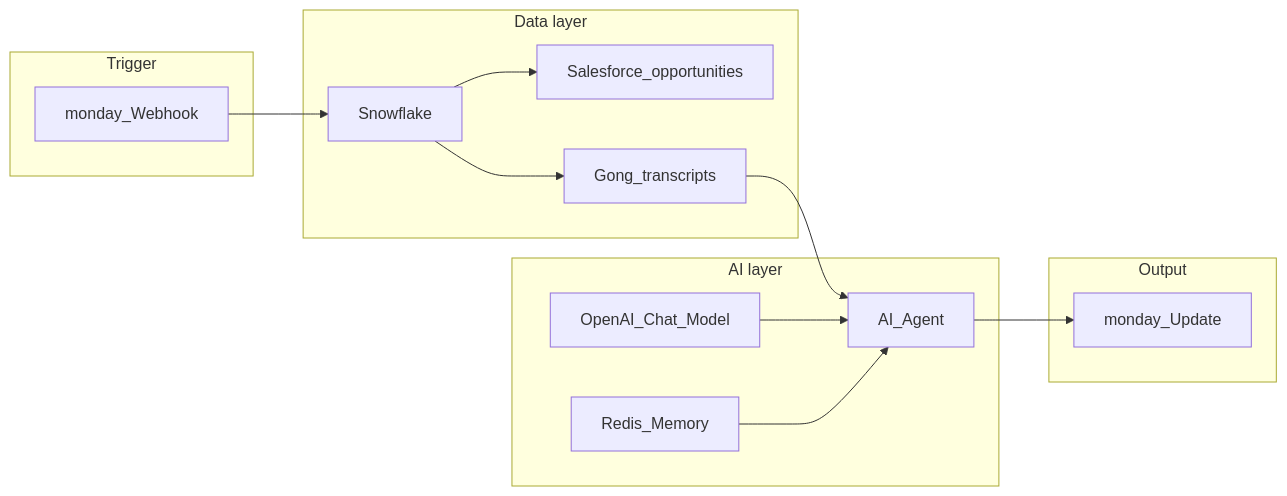
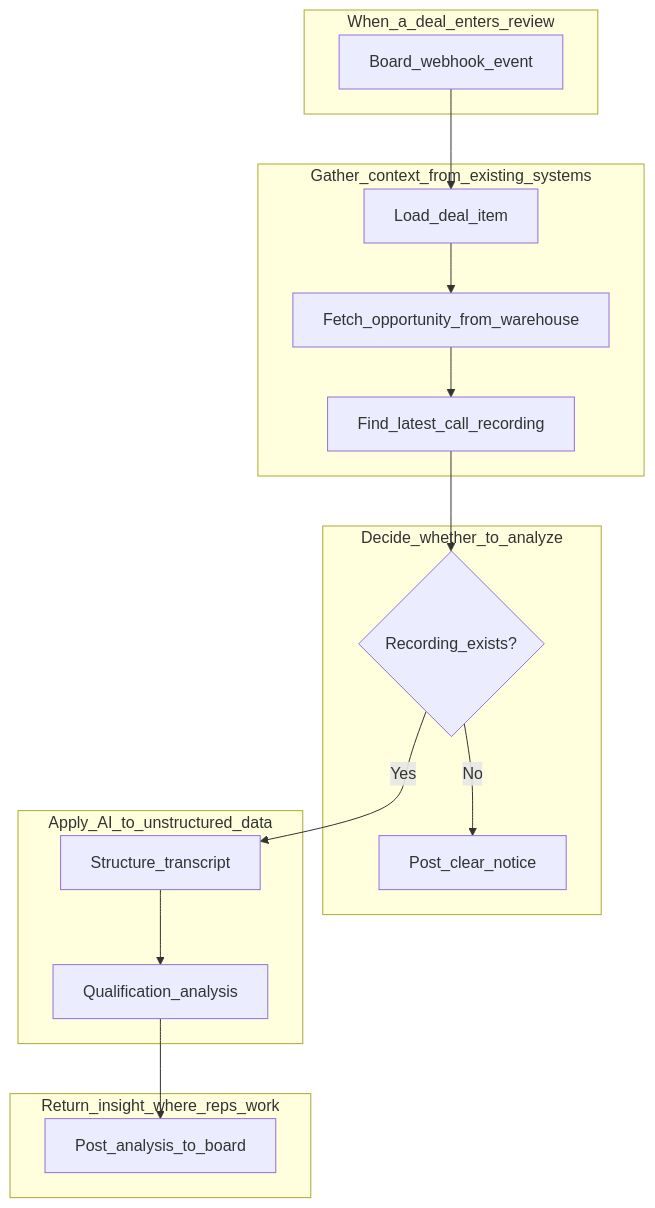
One commit to marcosdestri/ElevenLabs changed the second of 4 diagrams in docs/architecture.md. Above: the diagram before and after it, drawn with Mermaid. The commit also changed other lines of this file and 9 other files, not shown here.

````diff
--- a/docs/architecture.md
+++ b/docs/architecture.md
@@ -79,30 +35,30 @@
 ```mermaid
-flowchart LR
-  subgraph trigger [Trigger]
-    WH[monday_Webhook]
+flowchart TD
+  subgraph trigger [When_a_deal_enters_review]
+    WH[Board_webhook_event]
   end
 
-  subgraph data [Data layer]
-    SF[Snowflake]
-    CRM[Salesforce_opportunities]
-    Gong[Gong_transcripts]
+  subgraph gather [Gather_context_from_existing_systems]
+    Item[Load_deal_item]
+    CRM[Fetch_opportunity_from_warehouse]
+    Call[Find_latest_call_recording]
   end
 
-  subgraph ai [AI layer]
-    LLM[OpenAI_Chat_Model]
-    Agent[AI_Agent]
-    Redis[Redis_Memory]
+  subgraph decide [Decide_whether_to_analyze]
+    Check{Recording_exists?}
+    Notice[Post_clear_notice]
   end
 
-  subgraph output [Output]
-    Update[monday_Update]
+  subgraph analyze [Apply_AI_to_unstructured_data]
+    Format[Structure_transcript]
+    Agent[Qualification_analysis]
   end
 
-  WH --> SF
-  SF --> CRM
-  SF --> Gong
-  Gong --> Agent
-  LLM --> Agent
-  Redis --> Agent
-  Agent --> Update
+  subgraph deliver [Return_insight_where_reps_work]
+    Update[Post_analysis_to_board]
+  end
+
+  WH --> Item --> CRM --> Call --> Check
+  Check -->|No| Notice
+  Check -->|Yes| Format --> Agent --> Update
 ```
````
